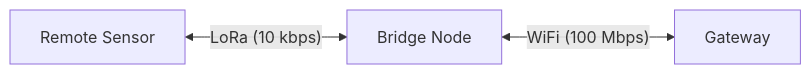
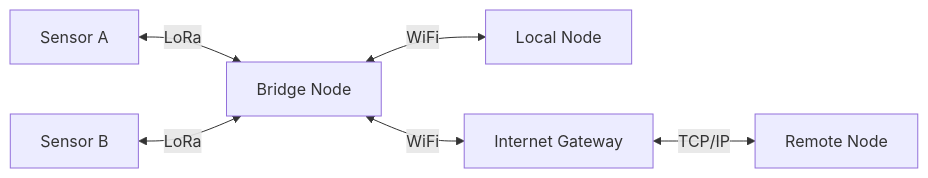
One commit to SorenSaket/Mehr-Network-Docs changed the diagram in docs/protocol/physical-transport.md. Above: the diagram before and after it, drawn with Mermaid. The commit also changed other lines of this file and 2 other files, not shown here.

````diff
--- a/docs/protocol/physical-transport.md
+++ b/docs/protocol/physical-transport.md
@@ -84,5 +89,8 @@
 ```mermaid
 graph LR
-    RS["Remote Sensor"] <-- "LoRa (10 kbps)" --> BN["Bridge Node"]
-    BN <-- "WiFi (100 Mbps)" --> GW["Gateway"]
+    S1["Sensor A"] <-- "LoRa" --> BN["Bridge Node"]
+    S2["Sensor B"] <-- "LoRa" --> BN
+    BN <-- "WiFi" --> N1["Local Node"]
+    BN <-- "WiFi" --> GW["Internet Gateway"]
+    GW <-- "TCP/IP" --> RN["Remote Node"]
 ```
````
